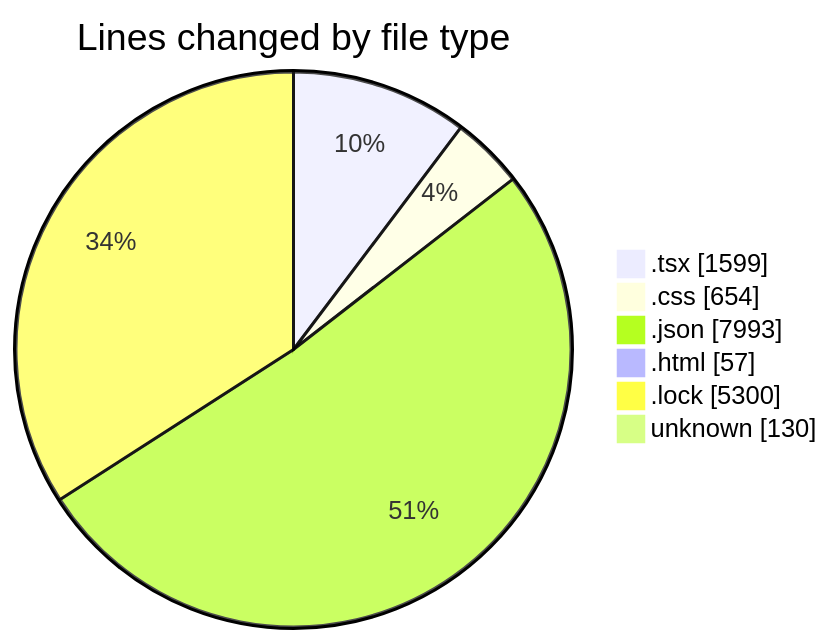
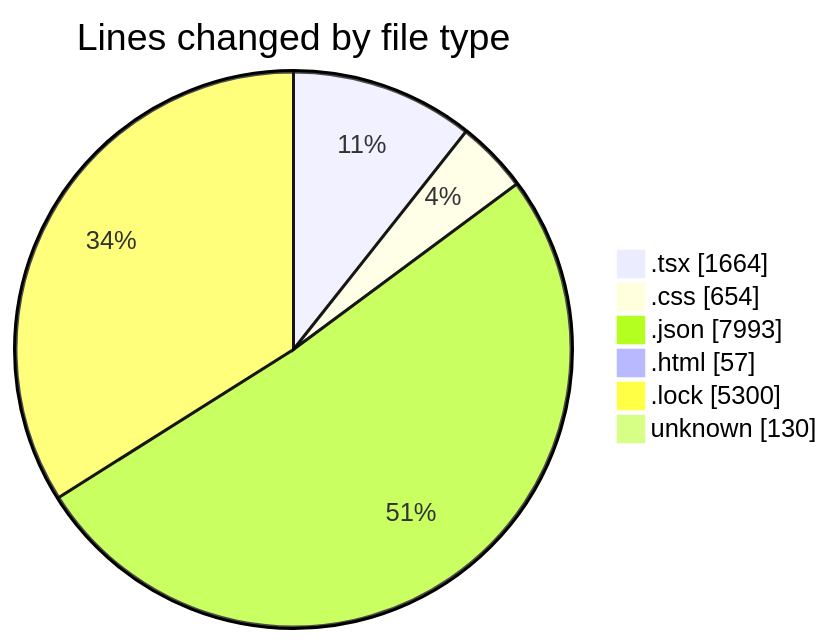
The first of 2 diagrams in 2025-08-12/ribbon/README.md (EIIisD/code-tracking), drawn with Mermaid before and after one commit. The commit also changed other lines of this file and 1 other file, not shown here.

````diff
--- a/2025-08-12/ribbon/README.md
+++ b/2025-08-12/ribbon/README.md
@@ -35,10 +36,10 @@
 ```mermaid
 pie showData
 title Lines changed by file type
-".tsx" : 1599
+".tsx" : 1664
 ".css" : 654
 ".json" : 7993
 ".html" : 57
 ".lock" : 5300
 "unknown" : 130
 ```
````
